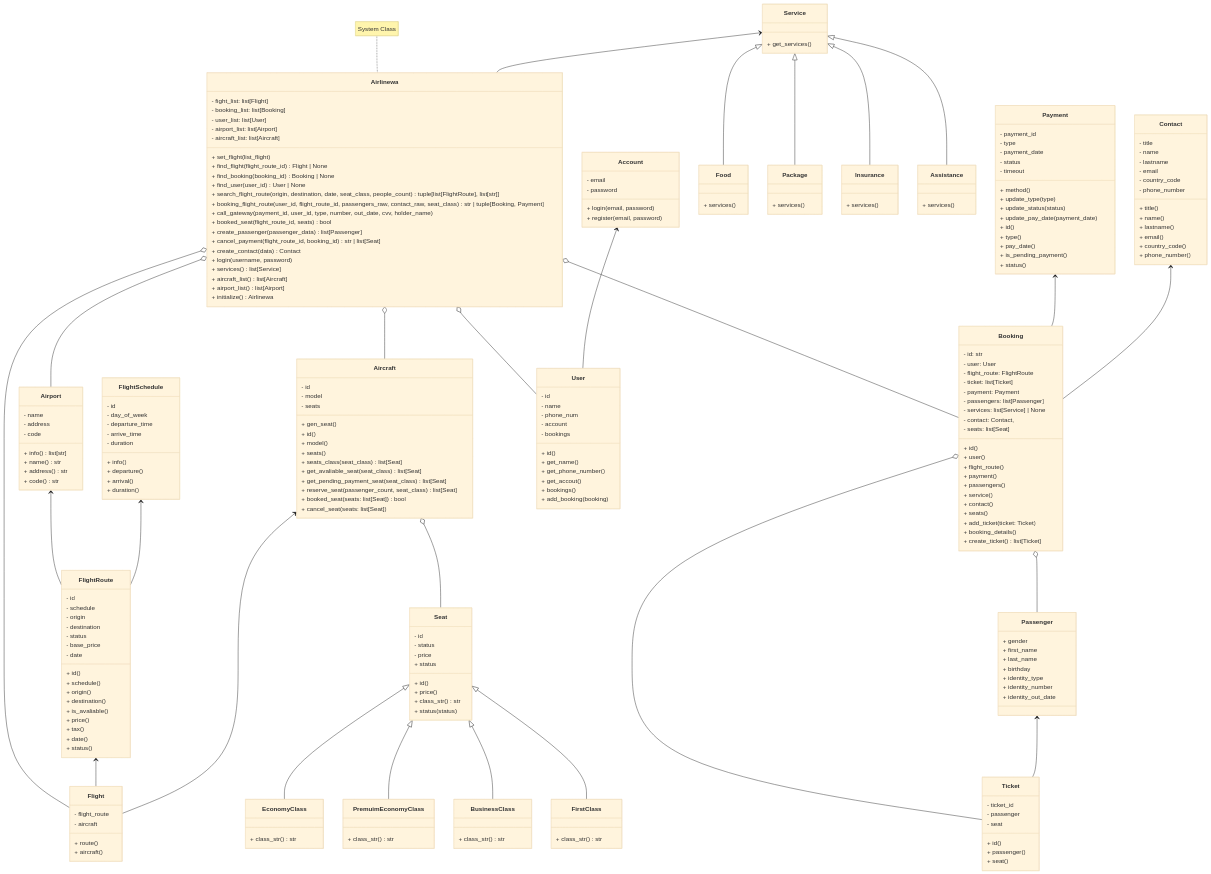
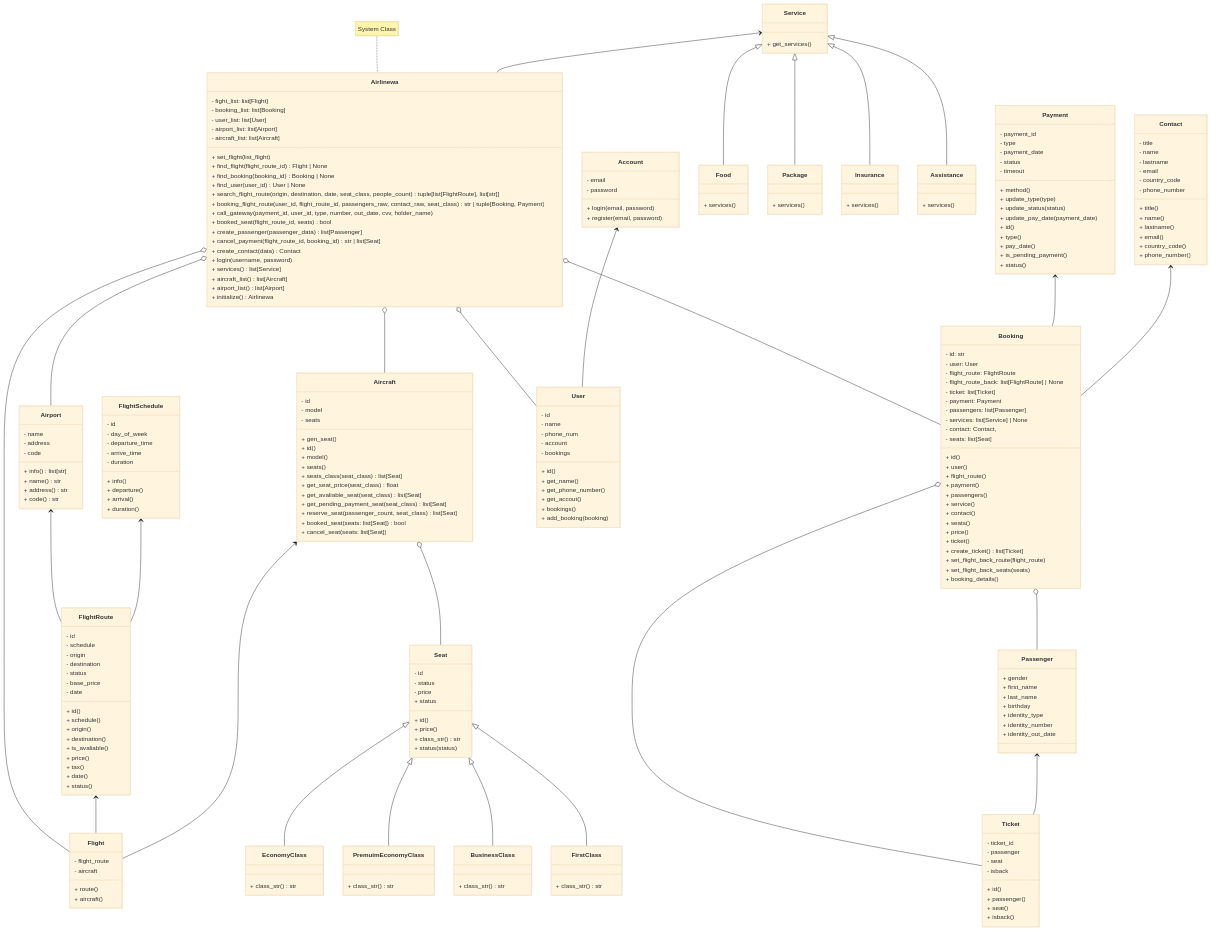
One commit to whyzotee/airlinewa changed the diagram in diagram/classdiagram.mmd. Above: the diagram before and after it, drawn with Mermaid. The commit also changed 3 other files, not shown here.

Commit message:
feat: sequence diagram

```diff
--- a/diagram/classdiagram.mmd
+++ b/diagram/classdiagram.mmd
@@ -47,6 +47,7 @@
         + model()
         + seats()
         + seats_class(seat_class) list[Seat]
+        + get_seat_price(seat_class) float
         + get_avaliable_seat(seat_class) list[Seat]
         + get_pending_payment_seat(seat_class) list[Seat]
         + reserve_seat(passenger_count, seat_class) list[Seat]
@@ -85,15 +86,18 @@
         - ticket_id
         - passenger
         - seat
+        - isback
         + id()
         + passenger()
         + seat()
+        + isback()
     }
 
     class Booking {
         - id: str
         - user: User
         - flight_route: FlightRoute
+        - flight_route_back: list[FlightRoute] | None
         - ticket: list[Ticket]
         - payment: Payment
         - passengers: list[Passenger]
@@ -108,9 +112,12 @@
         + service()
         + contact()
         + seats()
-        + add_ticket(ticket: Ticket)
+        + price()
+        + ticket()
+        + create_ticket() list[Ticket]
+        + set_flight_back_route(flight_route)
+        + set_flight_back_seats(seats)
         + booking_details()
-        + create_ticket() list[Ticket]
     }
 
     class Flight {
```
